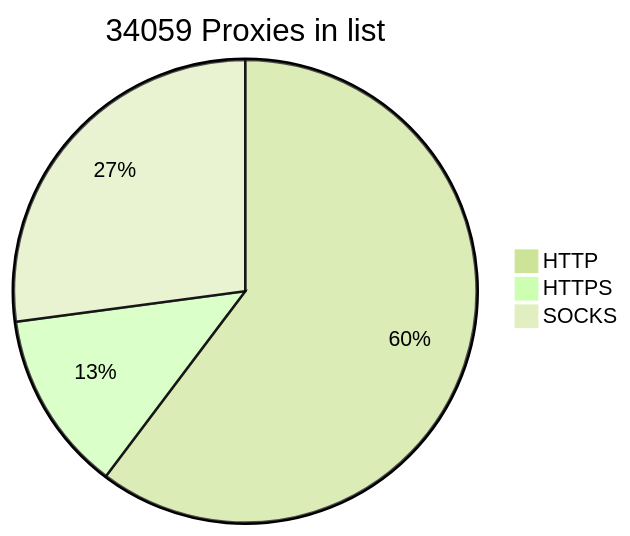
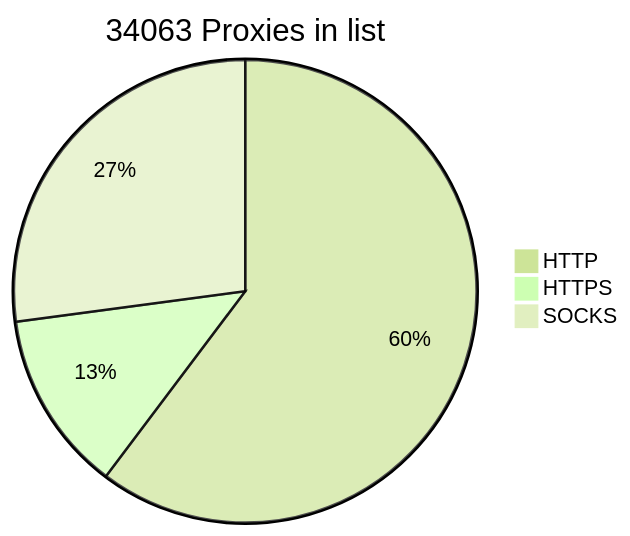
Before and after one commit to BlackSnowDot/proxylist-update-every-minute: the diagram in README.md, drawn with Mermaid (forest theme).

````diff
--- a/README.md
+++ b/README.md
@@ -2,6 +2,6 @@
 ```mermaid
-pie title 34059 Proxies in list
-    "HTTP" : 22732
-    "HTTPS": 4759
+pie title 34063 Proxies in list
+    "HTTP" : 22733
+    "HTTPS": 4762
     "SOCKS" : 10223
 ```
````
